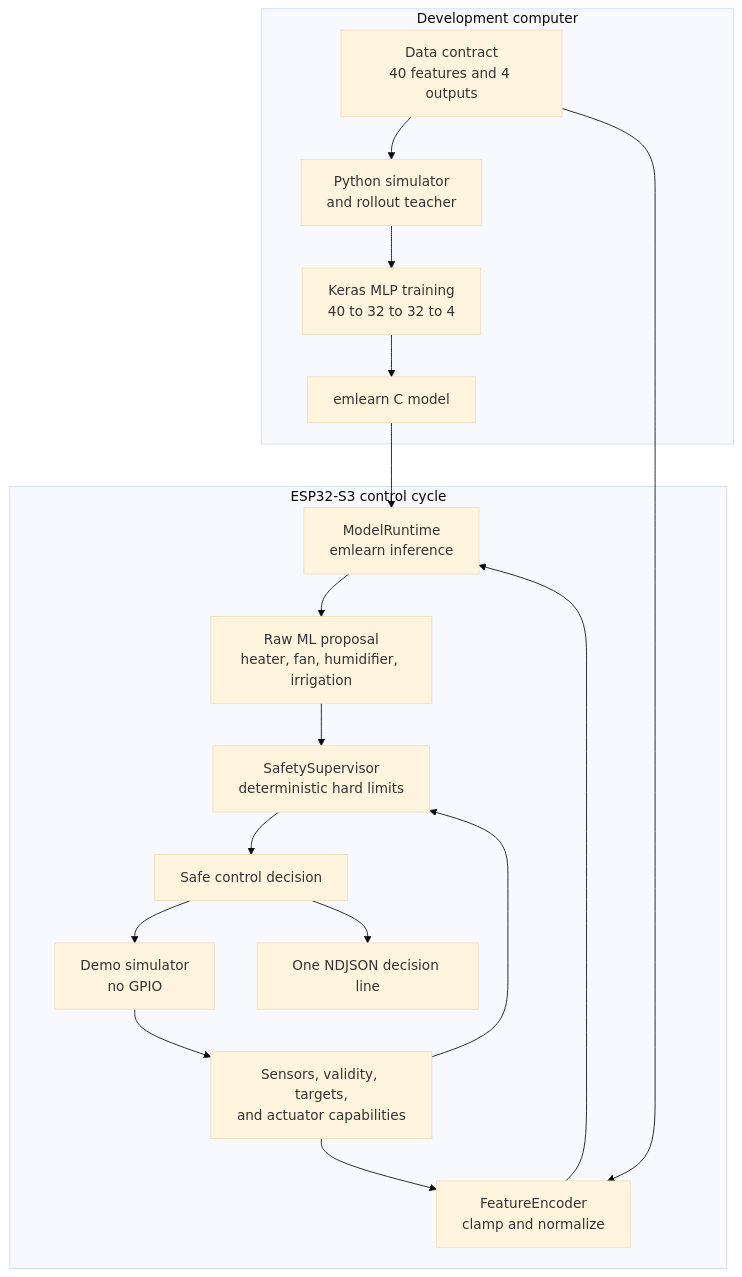
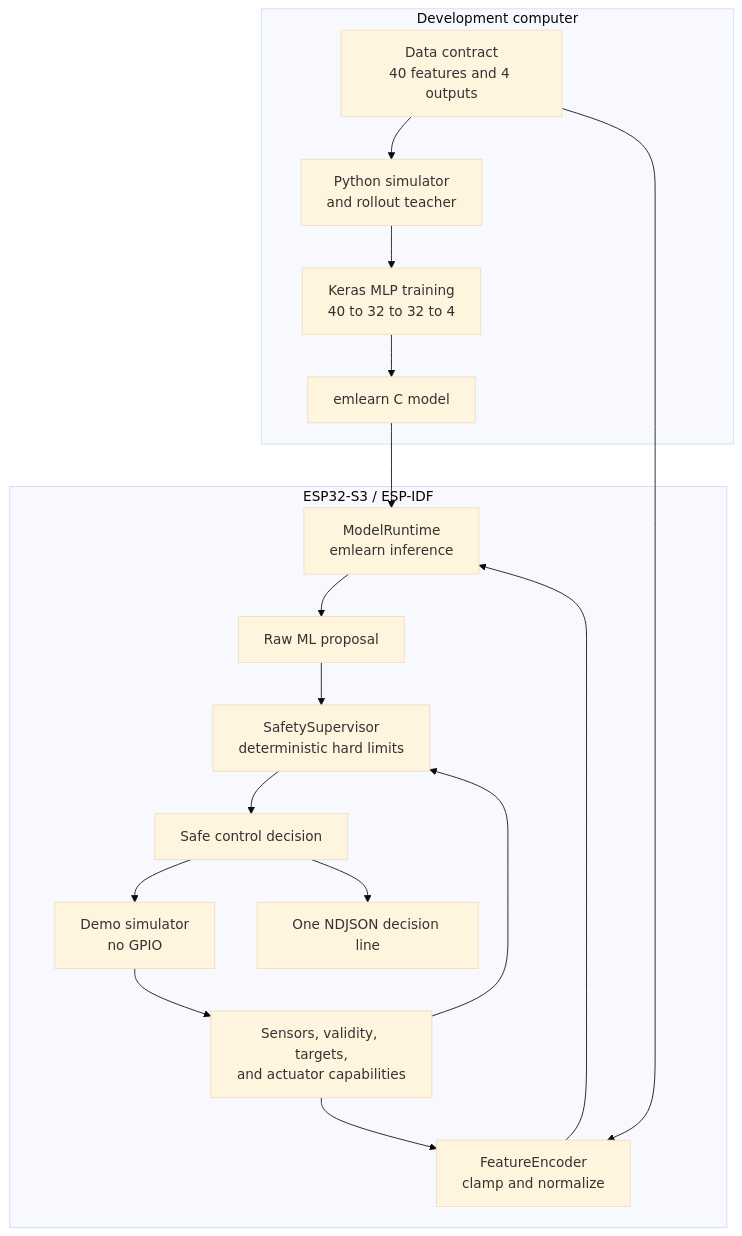
Before and after one commit to MichalMatu/growbox-ml-controller: the diagram in README.md, drawn with Mermaid (base theme). The commit also changed other lines of this file, not shown here.

Commit message:
docs: replace PlatformIO workflow with native ESP-IDF

````diff
--- a/README.md
+++ b/README.md
@@ -21,23 +20,21 @@
 ```mermaid
 flowchart TB
     subgraph Host["Development computer"]
         Contract["Data contract<br/>40 features and 4 outputs"] --> Simulation["Python simulator<br/>and rollout teacher"]
         Simulation --> Training["Keras MLP training<br/>40 to 32 to 32 to 4"]
         Training --> Export["emlearn C model"]
     end
-
-    subgraph Board["ESP32-S3 control cycle"]
+    subgraph Board["ESP32-S3 / ESP-IDF"]
         Input["Sensors, validity, targets,<br/>and actuator capabilities"] --> Encoder["FeatureEncoder<br/>clamp and normalize"]
         Encoder --> Runtime["ModelRuntime<br/>emlearn inference"]
-        Runtime --> Raw["Raw ML proposal<br/>heater, fan, humidifier, irrigation"]
+        Runtime --> Raw["Raw ML proposal"]
         Raw --> Safety["SafetySupervisor<br/>deterministic hard limits"]
         Input --> Safety
         Safety --> Safe["Safe control decision"]
         Safe --> Demo["Demo simulator<br/>no GPIO"]
         Demo --> Input
         Safe --> Log["One NDJSON decision line"]
     end
-
     Contract --> Encoder
     Export --> Runtime
 ```
````
